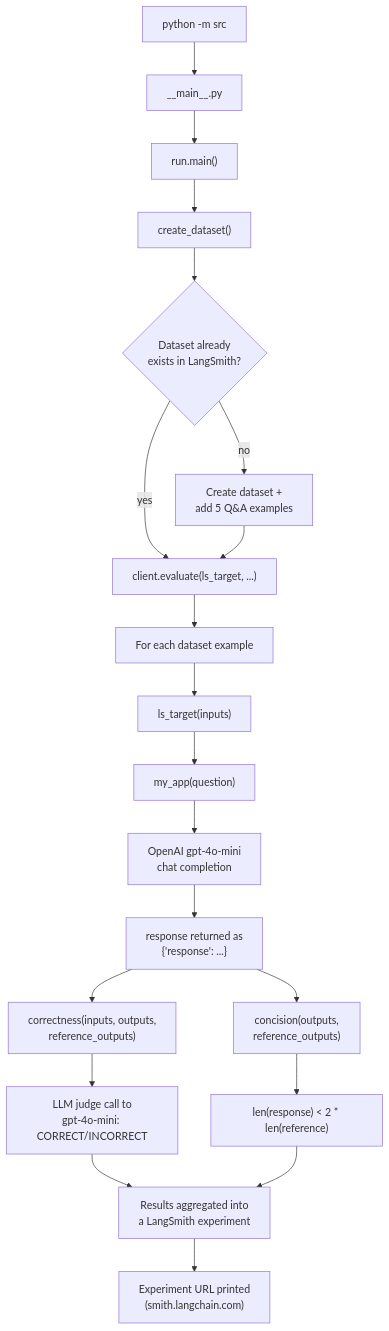
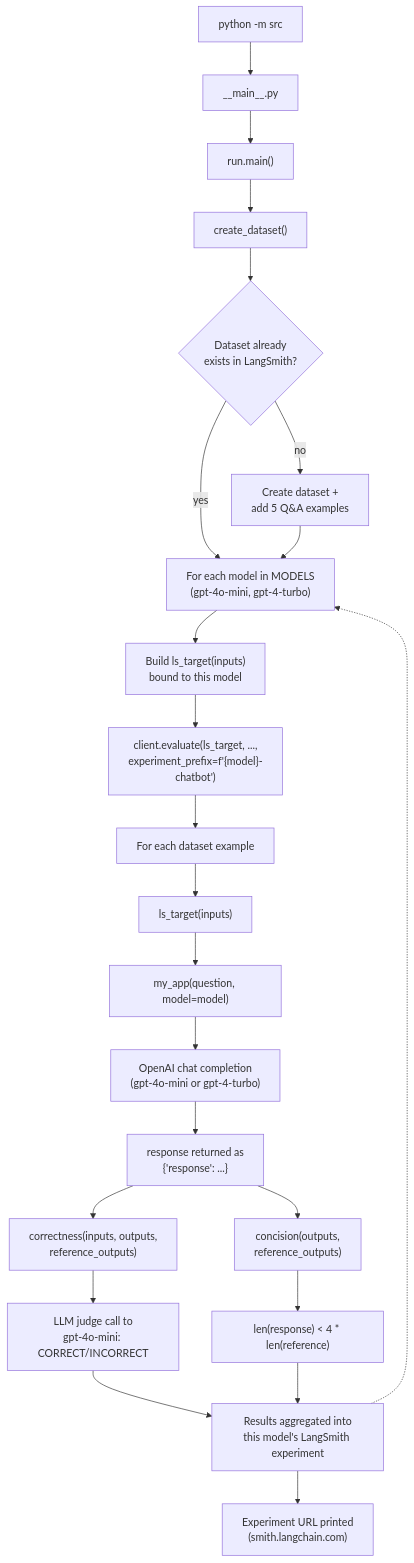
Before and after one commit to prithivi4Git/LLM-Evaluation: the second of 2 diagrams in README.md, drawn with Mermaid. The commit also changed other lines of this file and 3 other files, not shown here.

Commit message:
updated the script to test the testcases with multiple llm models

````diff
--- a/README.md
+++ b/README.md
@@ -38,26 +38,30 @@
 ```mermaid
 flowchart TD
     A["python -m src"] --> B["__main__.py"]
     B --> C["run.main()"]
     C --> D["create_dataset()"]
     D --> D1{"Dataset already<br/>exists in LangSmith?"}
     D1 -- yes --> E
     D1 -- no --> D2["Create dataset +<br/>add 5 Q&A examples"]
-    D2 --> E["client.evaluate(ls_target, ...)"]
+    D2 --> E["For each model in MODELS<br/>(gpt-4o-mini, gpt-4-turbo)"]
 
-    E --> F["For each dataset example"]
-    F --> G["ls_target(inputs)"]
-    G --> H["my_app(question)"]
-    H --> I["OpenAI gpt-4o-mini<br/>chat completion"]
-    I --> J["response returned as<br/>{'response': ...}"]
+    E --> E1["Build ls_target(inputs)<br/>bound to this model"]
+    E1 --> F["client.evaluate(ls_target, ...,<br/>experiment_prefix=f'{model}-chatbot')"]
 
-    J --> K["correctness(inputs, outputs,<br/>reference_outputs)"]
-    K --> K1["LLM judge call to<br/>gpt-4o-mini: CORRECT/INCORRECT"]
+    F --> G["For each dataset example"]
+    G --> H["ls_target(inputs)"]
+    H --> I["my_app(question, model=model)"]
+    I --> J["OpenAI chat completion<br/>(gpt-4o-mini or gpt-4-turbo)"]
+    J --> K["response returned as<br/>{'response': ...}"]
 
-    J --> L["concision(outputs,<br/>reference_outputs)"]
-    L --> L1["len(response) < 2 * len(reference)"]
+    K --> L["correctness(inputs, outputs,<br/>reference_outputs)"]
+    L --> L1["LLM judge call to<br/>gpt-4o-mini: CORRECT/INCORRECT"]
 
-    K1 --> M["Results aggregated into<br/>a LangSmith experiment"]
-    L1 --> M
-    M --> N["Experiment URL printed<br/>(smith.langchain.com)"]
+    K --> M["concision(outputs,<br/>reference_outputs)"]
+    M --> M1["len(response) < 4 * len(reference)"]
+
+    L1 --> N["Results aggregated into<br/>this model's LangSmith experiment"]
+    M1 --> N
+    N --> O["Experiment URL printed<br/>(smith.langchain.com)"]
+    N -.-> E
 ```
````
